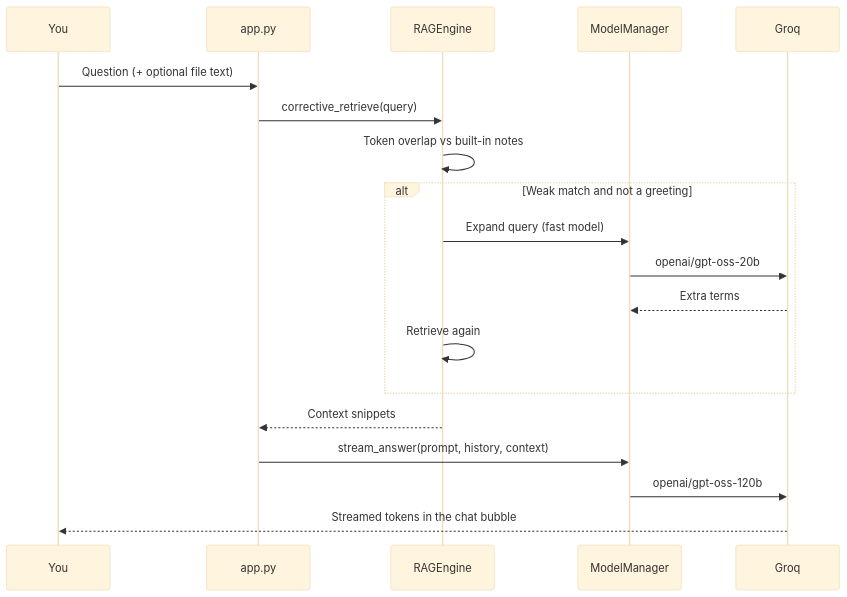
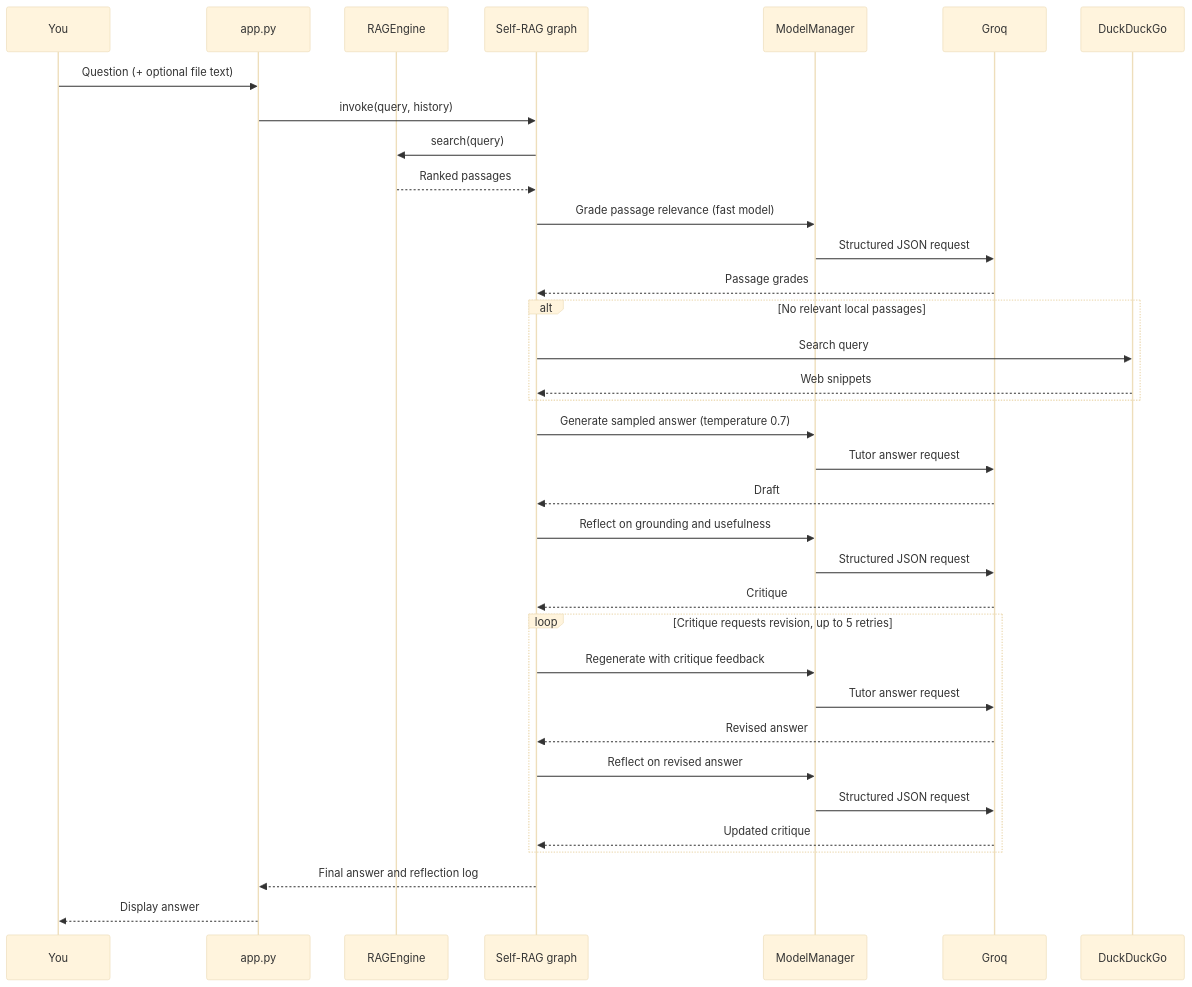
One commit to Hisingh11/data-science-tutor changed the third of 4 diagrams in README.md. Above: the diagram before and after it, drawn with Mermaid. The commit also changed other lines of this file and 10 other files, not shown here.

Commit message:
Implement LangGraph Self-RAG and interview improvements

````diff
--- a/README.md
+++ b/README.md
@@ -253,23 +260,39 @@
 ```mermaid
 %%{init: {"theme": "base", "themeVariables": {"lineColor": "#5b4d8a"}}}%%
 sequenceDiagram
   participant U as You
   participant A as app.py
   participant R as RAGEngine
+  participant L as Self-RAG graph
   participant M as ModelManager
   participant G as Groq
+  participant W as DuckDuckGo
 
   U->>A: Question (+ optional file text)
-  A->>R: corrective_retrieve(query)
-  R->>R: Token overlap vs built-in notes
-  alt Weak match and not a greeting
-    R->>M: Expand query (fast model)
-    M->>G: openai/gpt-oss-20b
-    G-->>M: Extra terms
-    R->>R: Retrieve again
+  A->>L: invoke(query, history)
+  L->>R: search(query)
+  R-->>L: Ranked passages
+  L->>M: Grade passage relevance (fast model)
+  M->>G: Structured JSON request
+  G-->>L: Passage grades
+  alt No relevant local passages
+    L->>W: Search query
+    W-->>L: Web snippets
   end
-  R-->>A: Context snippets
-  A->>M: stream_answer(prompt, history, context)
-  M->>G: openai/gpt-oss-120b
-  G-->>U: Streamed tokens in the chat bubble
+  L->>M: Generate sampled answer (temperature 0.7)
+  M->>G: Tutor answer request
+  G-->>L: Draft
+  L->>M: Reflect on grounding and usefulness
+  M->>G: Structured JSON request
+  G-->>L: Critique
+  loop Critique requests revision, up to 5 retries
+    L->>M: Regenerate with critique feedback
+    M->>G: Tutor answer request
+    G-->>L: Revised answer
+    L->>M: Reflect on revised answer
+    M->>G: Structured JSON request
+    G-->>L: Updated critique
+  end
+  L-->>A: Final answer and reflection log
+  A-->>U: Display answer
 ```
````
